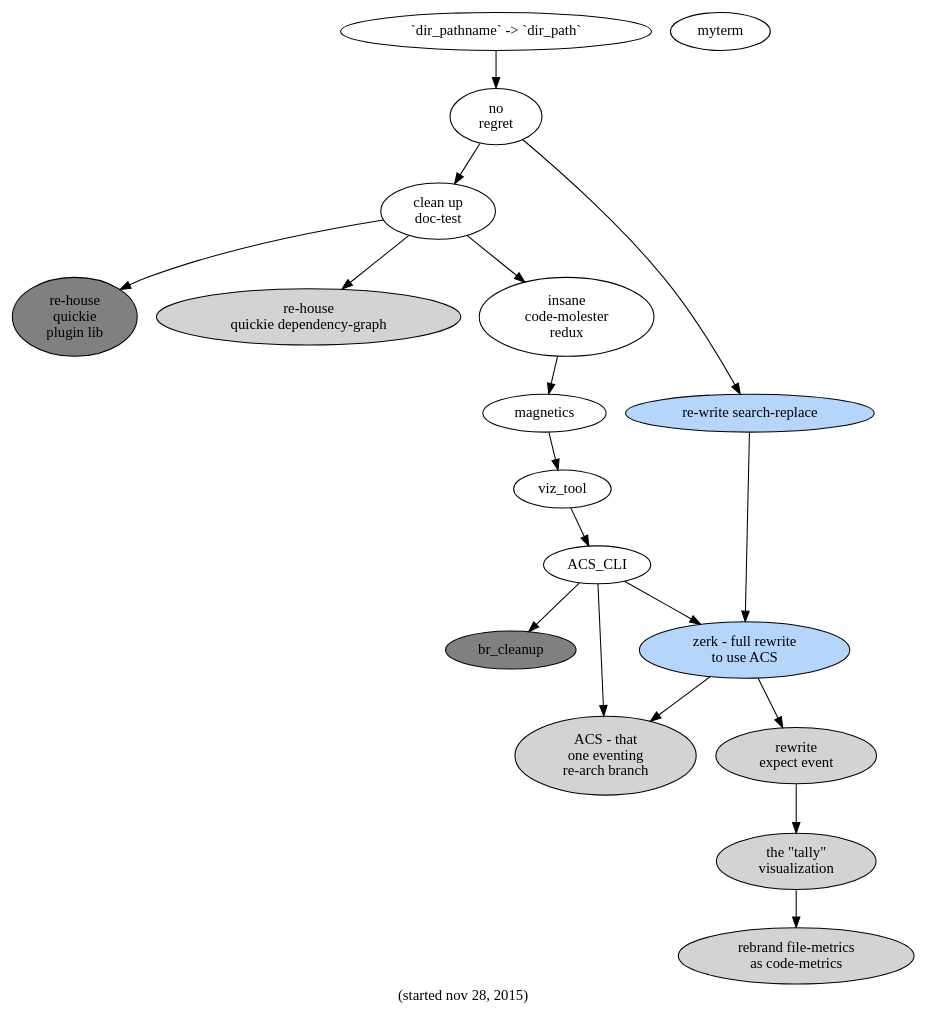
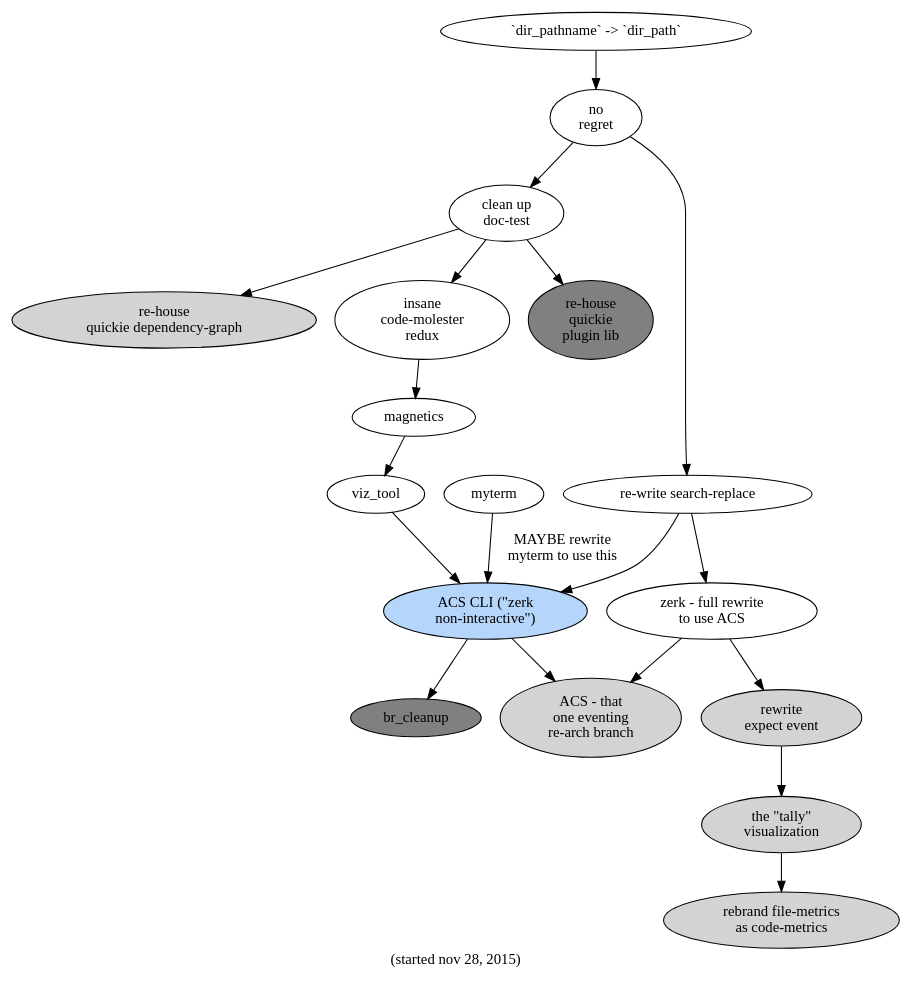
The diagram in slicer/doc/the-big-pictures-of-now/04-no-regret.dot (hipe/tmx), drawn with Graphviz before and after one commit. The commit also changed 22 other files, not shown here.

```diff
--- a/slicer/doc/the-big-pictures-of-now/04-no-regret.dot
+++ b/slicer/doc/the-big-pictures-of-now/04-no-regret.dot
@@ -1,43 +1,46 @@
 digraph g {
 
   /* color for active thing: #b5d5fb */
 
   label="(started nov 28, 2015)"
 
   clean_up_doctest -> re_house_xx
   re_house_xx [label="re-house\nquickie\nplugin lib" fillcolor="gray" style="filled"]
   clean_up_doctest [label="clean up\ndoc-test" ]
   clean_up_doctest -> re_house_yy
   re_house_yy [label="re-house\nquickie dependency-graph" style="filled"]
   clean_up_doctest->insane_CM_redux
   insane_CM_redux [label="insane\ncode-molester\nredux"]
 
   insane_CM_redux->mag
   mag [label="magnetics" ]
   mag -> viz_tool
 
+  ACS_CLI [label="ACS CLI (\"zerk\nnon-interactive\")" style=filled fillcolor="#b5d5fb"]
+
+  myterm->ACS_CLI [label="MAYBE rewrite\nmyterm to use this"]
+
   viz_tool -> ACS_CLI
   ACS_CLI -> br_cleanup
   ACS_CLI -> acs
-  ACS_CLI -> zerk
   br_cleanup [style=filled fillcolor="grey"]
 
   no_regret -> sea
   no_regret -> clean_up_doctest
 
-  myterm
   dpn->no_regret
   dpn [label="`dir_pathname` -> `dir_path`"]
-  sea [label="re-write search-replace\n" style=filled fillcolor="#b5d5fb"]
+  sea [label="re-write search-replace\n"]
+  sea->ACS_CLI
   sea->zerk
-  zerk [label="zerk - full rewrite\nto use ACS" style=filled fillcolor="#b5d5fb"]
+  zerk [label="zerk - full rewrite\nto use ACS"]
   zerk->expect_event
   expect_event [label="rewrite\nexpect event" style=filled]
   expect_event -> tally
   tally [label="the \"tally\"\nvisualization" style=filled]
   tally -> rfm
   rfm [label="rebrand file-metrics\nas code-metrics" style=filled]
   zerk->acs
   acs [label="ACS - that\none eventing\nre-arch branch" style=filled]
   no_regret [label="no\nregret"]
 }
```
